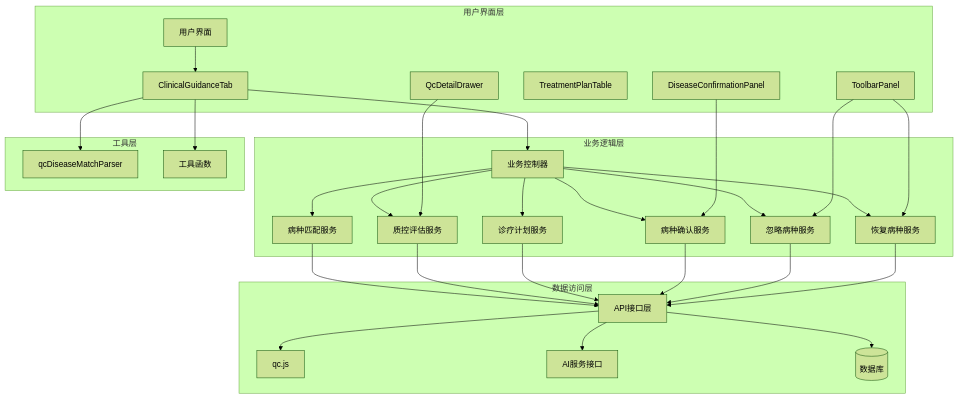
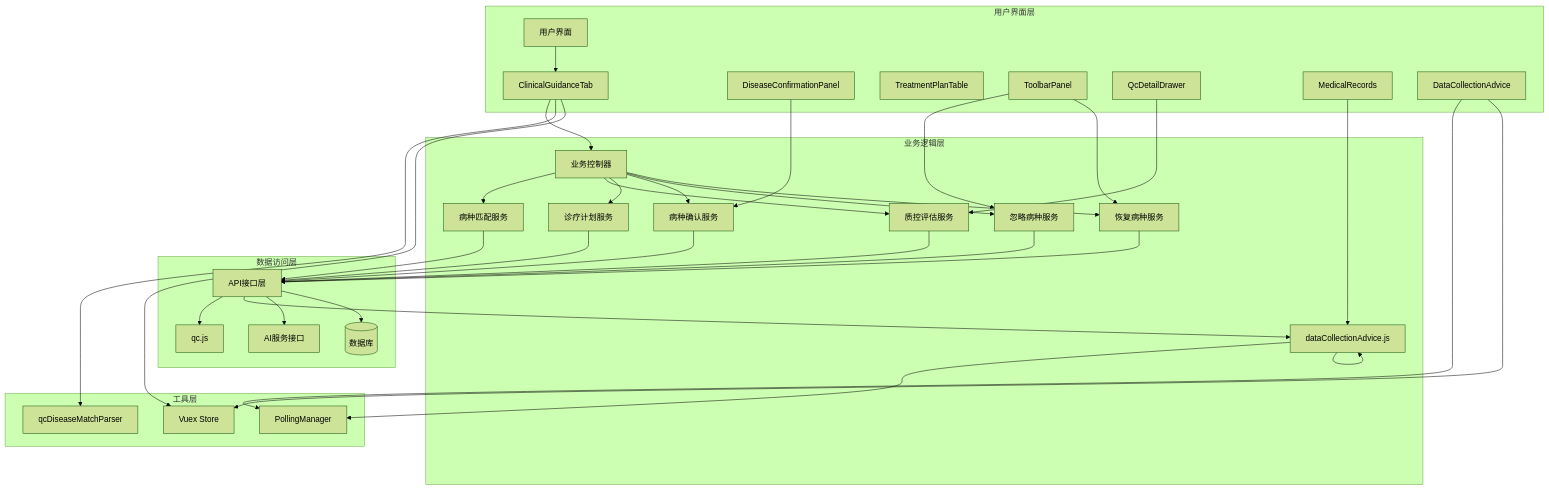
The second of 20 diagrams in .qoder/repowiki/zh/content/临床指引Tab.md (liuzh2008/med_ai_assistant_workspace), drawn with Mermaid (forest theme) before and after one commit. The commit also changed other lines of this file and 6 other files, not shown here.

````diff
--- a/.qoder/repowiki/zh/content/临床指引Tab.md
+++ b/.qoder/repowiki/zh/content/临床指引Tab.md
@@ -177,53 +227,65 @@
 ```mermaid
 graph TD
 subgraph "用户界面层"
 UI[用户界面]
 CT[ClinicalGuidanceTab]
 DCP[DiseaseConfirmationPanel]
 TP[TreatmentPlanTable]
 TB[ToolbarPanel]
 QCD[QcDetailDrawer]
+MR[MedicalRecords]
+DCA[DataCollectionAdvice]
 end
 subgraph "业务逻辑层"
 BC[业务控制器]
 DM[病种匹配服务]
 QA[质控评估服务]
 TPB[诊疗计划服务]
 CONF[病种确认服务]
 IG[忽略病种服务]
 RES[恢复病种服务]
+DCAPI[资料收集建议服务]
 end
 subgraph "数据访问层"
 API[API接口层]
 QC[qc.js]
+DCAPI[dataCollectionAdvice.js]
 AI[AI服务接口]
 DB[(数据库)]
 end
 subgraph "工具层"
 PARSER[qcDiseaseMatchParser]
-UTIL[工具函数]
+UTIL[PollingManager]
+STORE[Vuex Store]
 end
 UI --> CT
 CT --> BC
 BC --> DM
 BC --> QA
 BC --> TPB
 BC --> CONF
 BC --> IG
 BC --> RES
+MR --> DCAPI
+DCAPI --> UTIL
+DCAPI --> DCAPI
+DCAPI --> DCAPI
 DM --> API
 QA --> API
 TPB --> API
 CONF --> API
 IG --> API
 RES --> API
 API --> QC
+API --> DCAPI
 API --> AI
 API --> DB
 CT --> PARSER
-CT --> UTIL
+CT --> STORE
+DCA --> UTIL
+DCA --> STORE
 DCP --> CONF
 TB --> IG
 TB --> RES
 QCD --> QA
 ```
````
